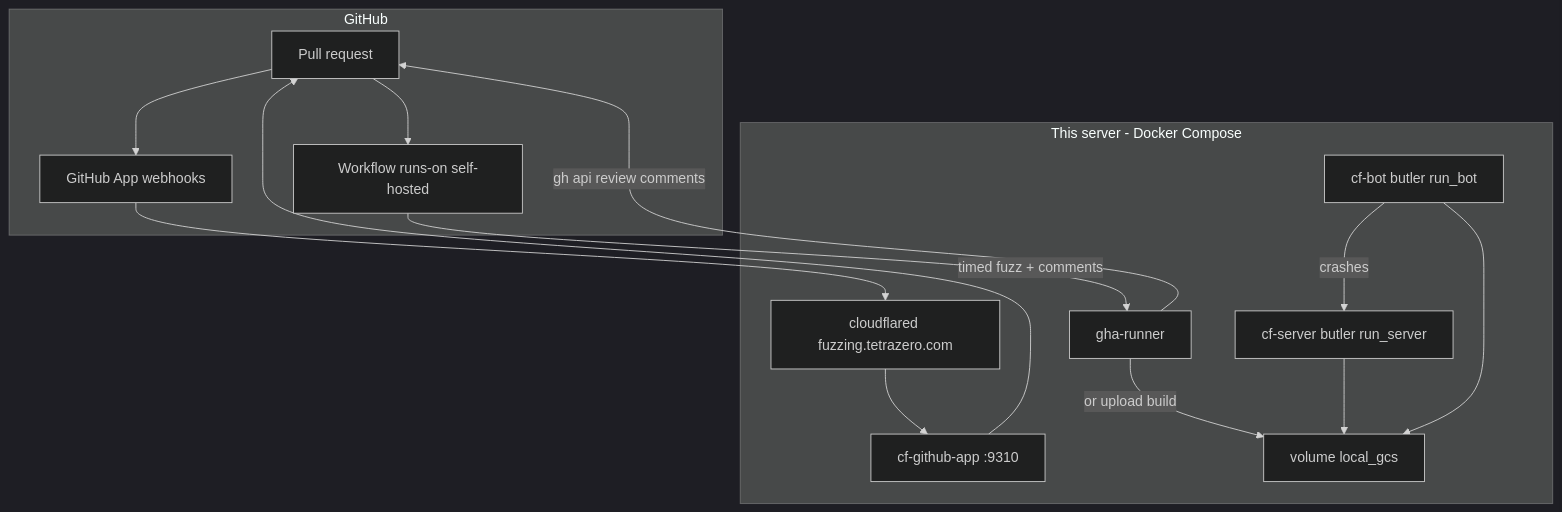
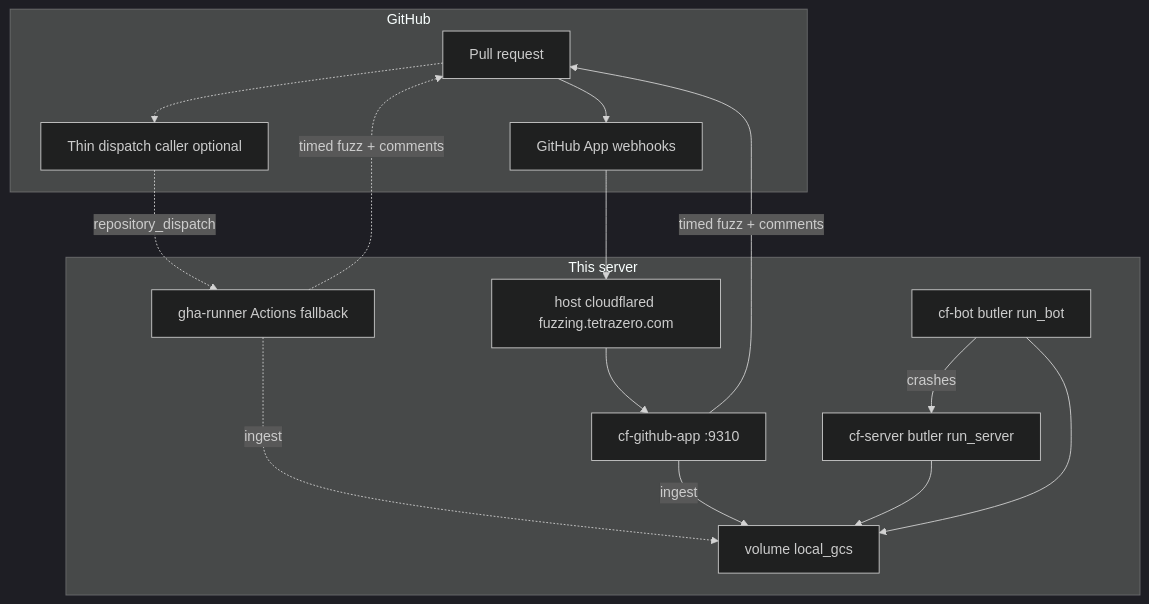
Before and after one commit to WiredMind2/clusterfuzz: the first of 2 diagrams in deploy/docs/architecture.md, drawn with Mermaid (dark theme). The commit also changed other lines of this file and 45 other files, not shown here.

````diff
--- a/deploy/docs/architecture.md
+++ b/deploy/docs/architecture.md
@@ -7,27 +7,28 @@
 ```mermaid
 flowchart TB
   subgraph github [GitHub]
     PR[Pull request]
     App[GitHub App webhooks]
-    WF[Workflow runs-on self-hosted]
+    ThinWF[Thin dispatch caller optional]
   end
-  subgraph host [This server - Docker Compose]
-    Tunnel[cloudflared fuzzing.tetrazero.com]
+  subgraph host [This server]
+    Tunnel[host cloudflared fuzzing.tetrazero.com]
     GHApp[cf-github-app :9310]
-    Runner[gha-runner]
+    Runner[gha-runner Actions fallback]
     Server[cf-server butler run_server]
     Bot[cf-bot butler run_bot]
     GCS[volume local_gcs]
   end
   PR --> App
   App --> Tunnel
   Tunnel --> GHApp
   GHApp -->|timed fuzz + comments| PR
-  PR --> WF
-  WF --> Runner
-  Runner -->|or upload build| GCS
+  PR -.-> ThinWF
+  ThinWF -.->|repository_dispatch| Runner
+  Runner -.->|timed fuzz + comments| PR
+  Runner -.->|ingest| GCS
+  GHApp -->|ingest| GCS
   Server --> GCS
   Bot --> GCS
   Bot -->|crashes| Server
-  Runner -->|gh api review comments| PR
 ```
````
